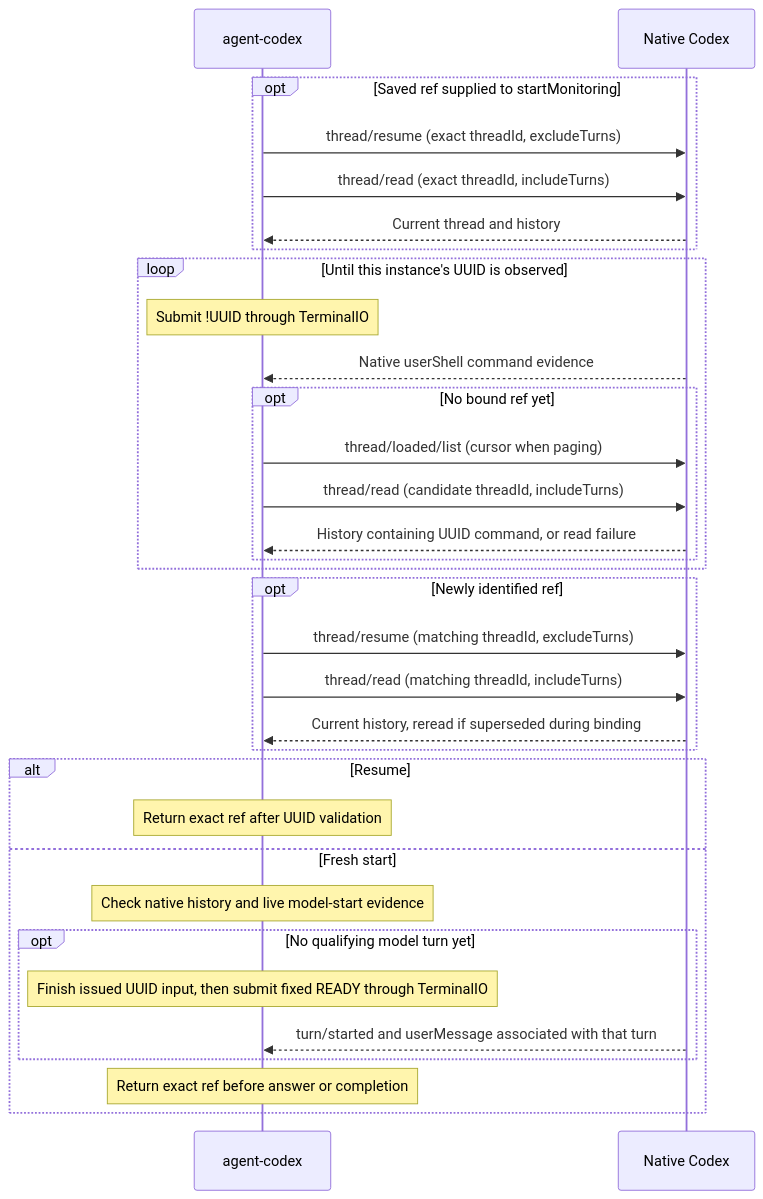
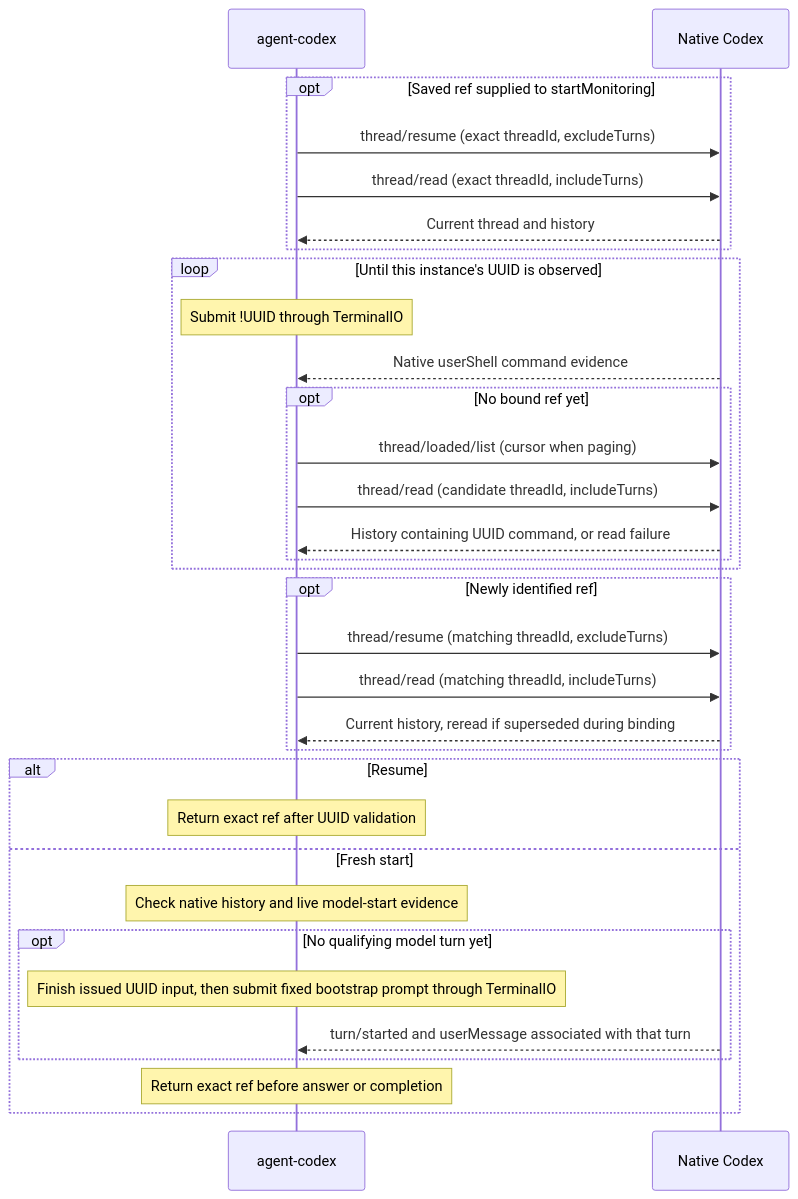
The third of 5 diagrams in docs/codex-protocol.md (BuddyLabsCo/issue-runner-agent-codex), drawn with Mermaid before and after one commit. The commit also changed other lines of this file and 3 other files, not shown here.

Commit message:
fix: [issue-82] use a neutral readiness bootstrap prompt (#83)

````diff
--- a/docs/codex-protocol.md
+++ b/docs/codex-protocol.md
@@ -93,34 +93,34 @@
 ```mermaid
 sequenceDiagram
     participant E as agent-codex
     participant N as Native Codex
     opt Saved ref supplied to startMonitoring
         E->>N: thread/resume (exact threadId, excludeTurns)
         E->>N: thread/read (exact threadId, includeTurns)
         N-->>E: Current thread and history
     end
     loop Until this instance's UUID is observed
         Note over E: Submit !UUID through TerminalIO
         N-->>E: Native userShell command evidence
         opt No bound ref yet
             E->>N: thread/loaded/list (cursor when paging)
             E->>N: thread/read (candidate threadId, includeTurns)
             N-->>E: History containing UUID command, or read failure
         end
     end
     opt Newly identified ref
         E->>N: thread/resume (matching threadId, excludeTurns)
         E->>N: thread/read (matching threadId, includeTurns)
         N-->>E: Current history, reread if superseded during binding
     end
     alt Resume
         Note over E: Return exact ref after UUID validation
     else Fresh start
         Note over E: Check native history and live model-start evidence
         opt No qualifying model turn yet
-            Note over E: Finish issued UUID input, then submit fixed READY through TerminalIO
+            Note over E: Finish issued UUID input, then submit fixed bootstrap prompt through TerminalIO
             N-->>E: turn/started and userMessage associated with that turn
         end
         Note over E: Return exact ref before answer or completion
     end
 ```
````
